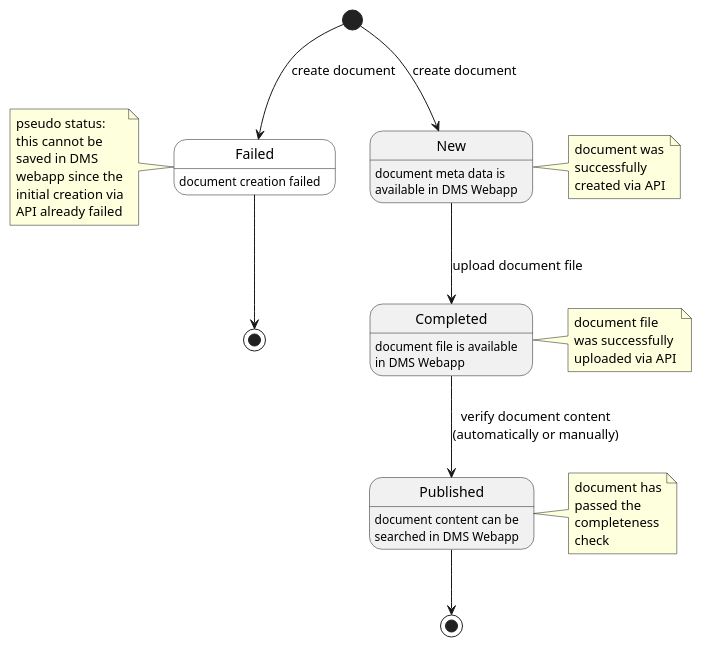
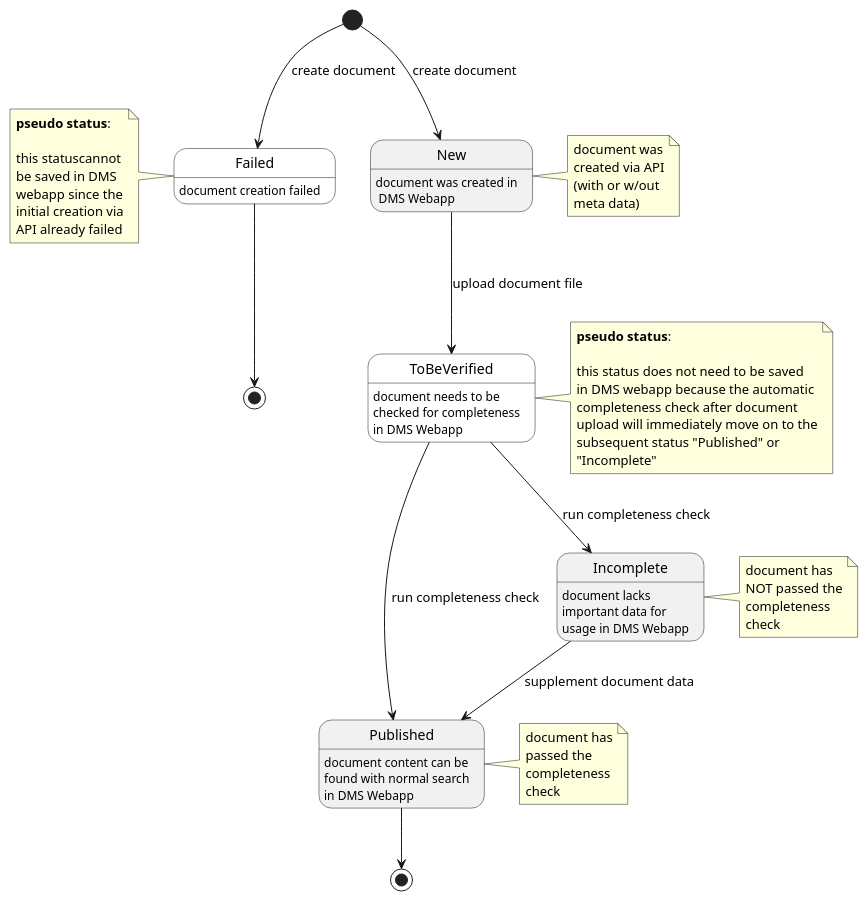
One commit to d-lopes/dmsplus changed the diagram in docu/document-state-machine.puml. Above: the diagram before and after it, drawn with PlantUML. The commit also changed 6 other files, not shown here.

Commit message:
change status "comleted" to more fitting "incomplete"

```diff
--- a/docu/document-state-machine.puml
+++ b/docu/document-state-machine.puml
@@ -1,28 +1,32 @@
 @startuml Document (state machine)
 
 skinparam state {
   BackgroundColor<<Pseudo>> White
 }
 
-state New: document meta data is\navailable in DMS Webapp
-state Completed: document file is available\nin DMS Webapp
-state Published: document content can be\nsearched in DMS Webapp
+state New: document was created in\n DMS Webapp
+state ToBeVerified <<Pseudo>>: document needs to be\nchecked for completeness\nin DMS Webapp
+state Incomplete: document lacks \nimportant data for\nusage in DMS Webapp
+state Published: document content can be\nfound with normal search\nin DMS Webapp
 
 state Failed <<Pseudo>>: document creation failed
 
 state EndFailed <<end>>
 state EndSuccess <<end>> 
 
 [*] --> Failed: create document
-note left of Failed: pseudo status:\nthis cannot be\nsaved in DMS\nwebapp since the\ninitial creation via\nAPI already failed 
+note left of Failed: <b>pseudo status</b>:\n\nthis statuscannot\nbe saved in DMS\nwebapp since the\ninitial creation via\nAPI already failed 
 Failed --> EndFailed
 
 [*] --> New: create document
-note right of New: document was\nsuccessfully\ncreated via API
-New --> Completed: upload document file
-note right of Completed: document file\nwas successfully\nuploaded via API
-Completed --> Published: verify document content\n(automatically or manually)
+note right of New: document was\ncreated via API\n(with or w/out\nmeta data)
+New --> ToBeVerified: upload document file
+note right of ToBeVerified: <b>pseudo status</b>:\n\nthis status does not need to be saved\nin DMS webapp because the automatic\ncompleteness check after document\nupload will immediately move on to the\nsubsequent status "Published" or\n"Incomplete"
+ToBeVerified --> Published: run completeness check
 note right of Published: document has\npassed the\ncompleteness\ncheck
+ToBeVerified --> Incomplete: run completeness check
+note right of Incomplete: document has\nNOT passed the\ncompleteness\ncheck
+Incomplete --> Published: supplement document data
 Published --> EndSuccess
 
 @enduml
```
